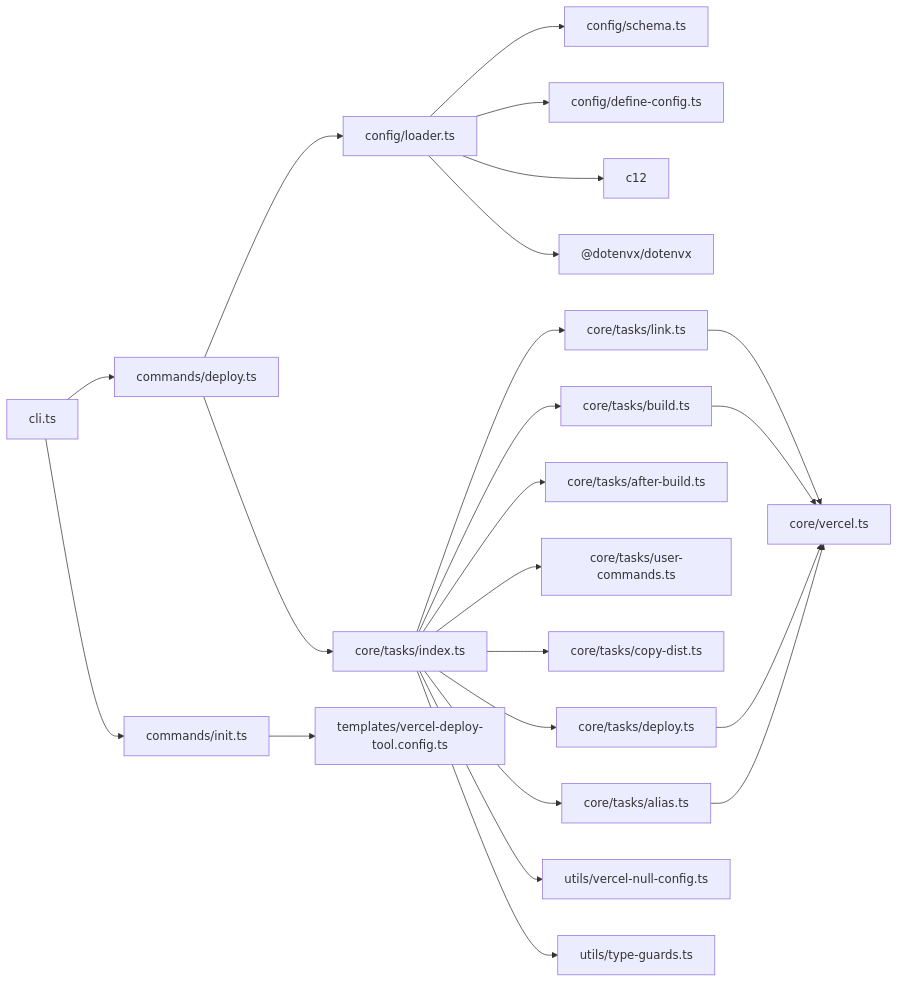
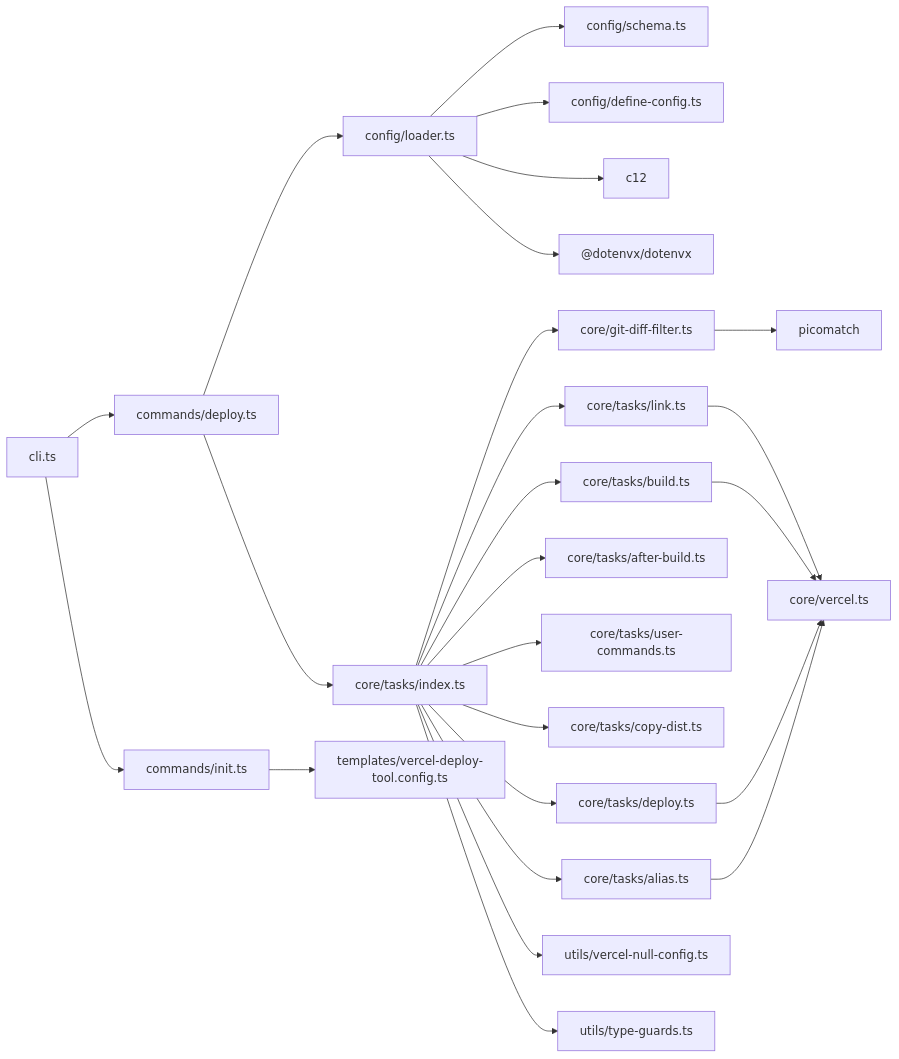
Before and after one commit to ruan-cat/monorepo: the first of 2 diagrams in packages/vercel-deploy-tool/src/docs/architecture.md, drawn with Mermaid. The commit also changed other lines of this file and 3 other files, not shown here.

````diff
--- a/packages/vercel-deploy-tool/src/docs/architecture.md
+++ b/packages/vercel-deploy-tool/src/docs/architecture.md
@@ -22,29 +23,32 @@
 ```mermaid
 graph LR
   CLI[cli.ts] --> DeployCmd[commands/deploy.ts]
   CLI --> InitCmd[commands/init.ts]
   DeployCmd --> Loader[config/loader.ts]
   DeployCmd --> Tasks[core/tasks/index.ts]
   InitCmd --> Template[templates/vercel-deploy-tool.config.ts]
 
   Loader --> Schema[config/schema.ts]
   Loader --> DefineCfg[config/define-config.ts]
   Loader --> C12[c12]
   Loader --> Dotenvx["@dotenvx/dotenvx"]
 
+  Tasks --> GitDiffFilter[core/git-diff-filter.ts]
   Tasks --> Link[core/tasks/link.ts]
   Tasks --> Build[core/tasks/build.ts]
   Tasks --> AfterBuild[core/tasks/after-build.ts]
   Tasks --> UserCmd[core/tasks/user-commands.ts]
   Tasks --> CopyDist[core/tasks/copy-dist.ts]
   Tasks --> Deploy[core/tasks/deploy.ts]
   Tasks --> Alias[core/tasks/alias.ts]
+
+  GitDiffFilter --> Picomatch[picomatch]
 
   Link --> VercelArgs[core/vercel.ts]
   Build --> VercelArgs
   Deploy --> VercelArgs
   Alias --> VercelArgs
 
   Tasks --> NullCfg[utils/vercel-null-config.ts]
   Tasks --> TypeGuards[utils/type-guards.ts]
 ```
````
